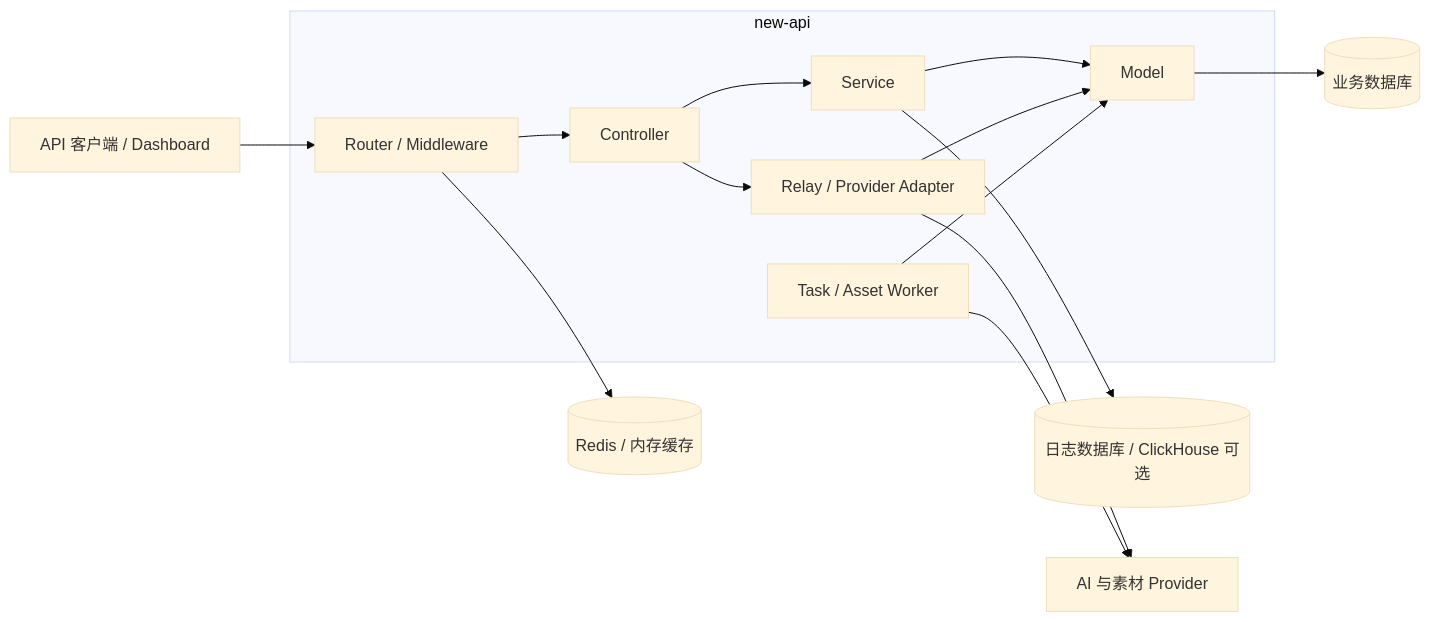
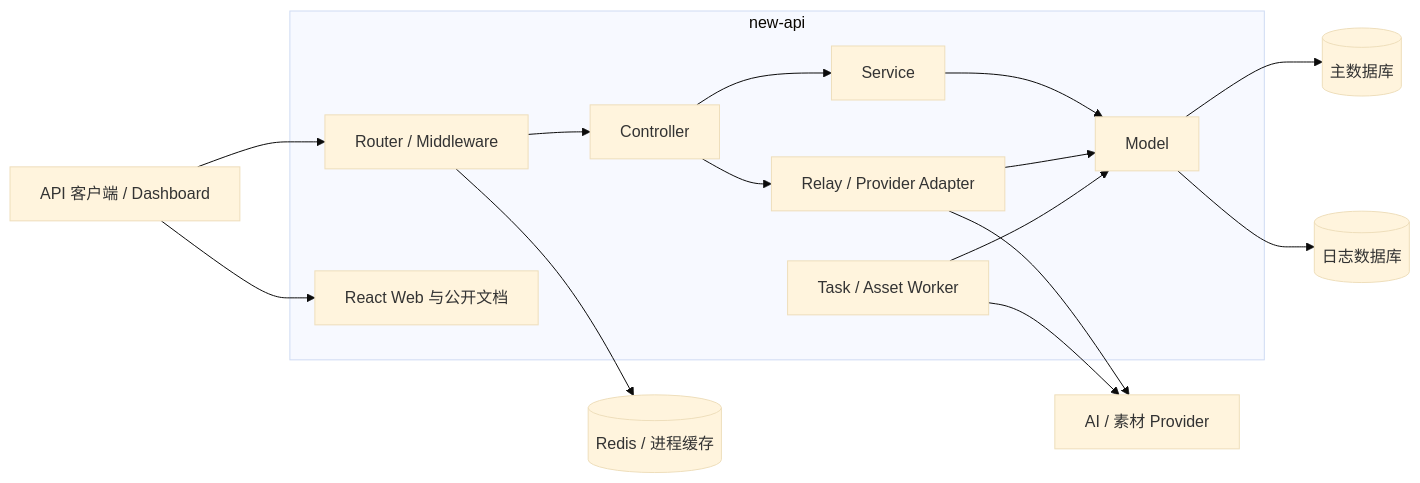
One commit to wuqiang44444444/new-api changed the diagram in docs/20-architecture/架构概览.md. Above: the diagram before and after it, drawn with Mermaid (base theme). The commit also changed other lines of this file and 164 other files, not shown here.

````diff
--- a/docs/20-architecture/架构概览.md
+++ b/docs/20-architecture/架构概览.md
@@ -13,28 +13,29 @@
 ```mermaid
 flowchart LR
     Client[API 客户端 / Dashboard]
 
     subgraph Gateway[new-api]
-        Router[Router / Middleware]
+        Entry[Router / Middleware]
         Controller[Controller]
         Service[Service]
         Relay[Relay / Provider Adapter]
         Model[Model]
         Worker[Task / Asset Worker]
+        Web[React Web 与公开文档]
     end
 
-    DB[(业务数据库)]
-    LogDB[(日志数据库 / ClickHouse 可选)]
-    Cache[(Redis / 内存缓存)]
-    Provider[AI 与素材 Provider]
+    MainDB[(主数据库)]
+    LogDB[(日志数据库)]
+    Cache[(Redis / 进程缓存)]
+    Provider[AI / 素材 Provider]
 
-    Client --> Router --> Controller
-    Controller --> Service
+    Client --> Entry --> Controller
+    Controller --> Service --> Model --> MainDB
     Controller --> Relay --> Provider
-    Service --> Model --> DB
     Relay --> Model
     Worker --> Model
     Worker --> Provider
-    Router --> Cache
-    Service --> LogDB
+    Entry --> Cache
+    Model --> LogDB
+    Client --> Web
 ```
````
